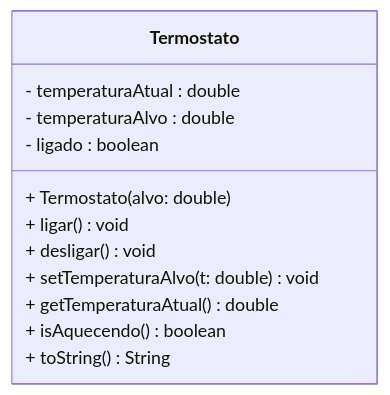
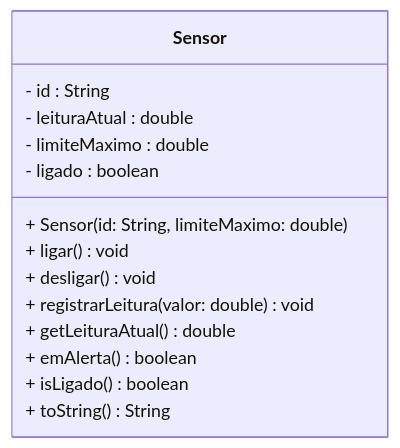
The diagram in src/content/modulo-03/encontro-10.md (emanoelsp/poo-essential-academy), drawn with Mermaid before and after one commit. The commit also changed other lines of this file, not shown here.

````diff
--- a/src/content/modulo-03/encontro-10.md
+++ b/src/content/modulo-03/encontro-10.md
@@ -231,15 +323,17 @@
 ```mermaid
 classDiagram
-    class Termostato {
-        - temperaturaAtual : double
-        - temperaturaAlvo : double
+    class Sensor {
+        - id : String
+        - leituraAtual : double
+        - limiteMaximo : double
         - ligado : boolean
-        + Termostato(alvo: double)
+        + Sensor(id: String, limiteMaximo: double)
         + ligar() void
         + desligar() void
-        + setTemperaturaAlvo(t: double) void
-        + getTemperaturaAtual() double
-        + isAquecendo() boolean
+        + registrarLeitura(valor: double) void
+        + getLeituraAtual() double
+        + emAlerta() boolean
+        + isLigado() boolean
         + toString() String
     }
 ```
````
